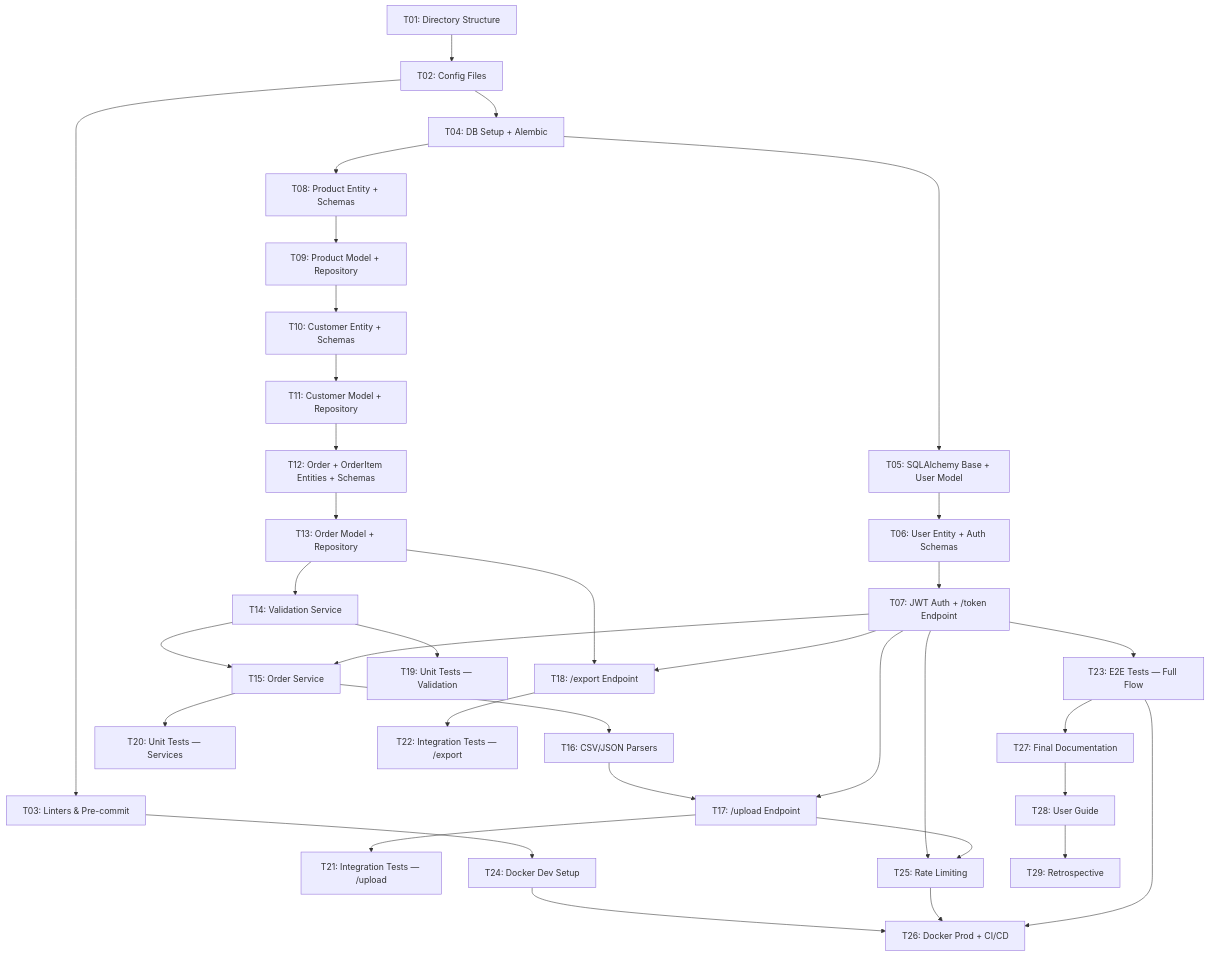
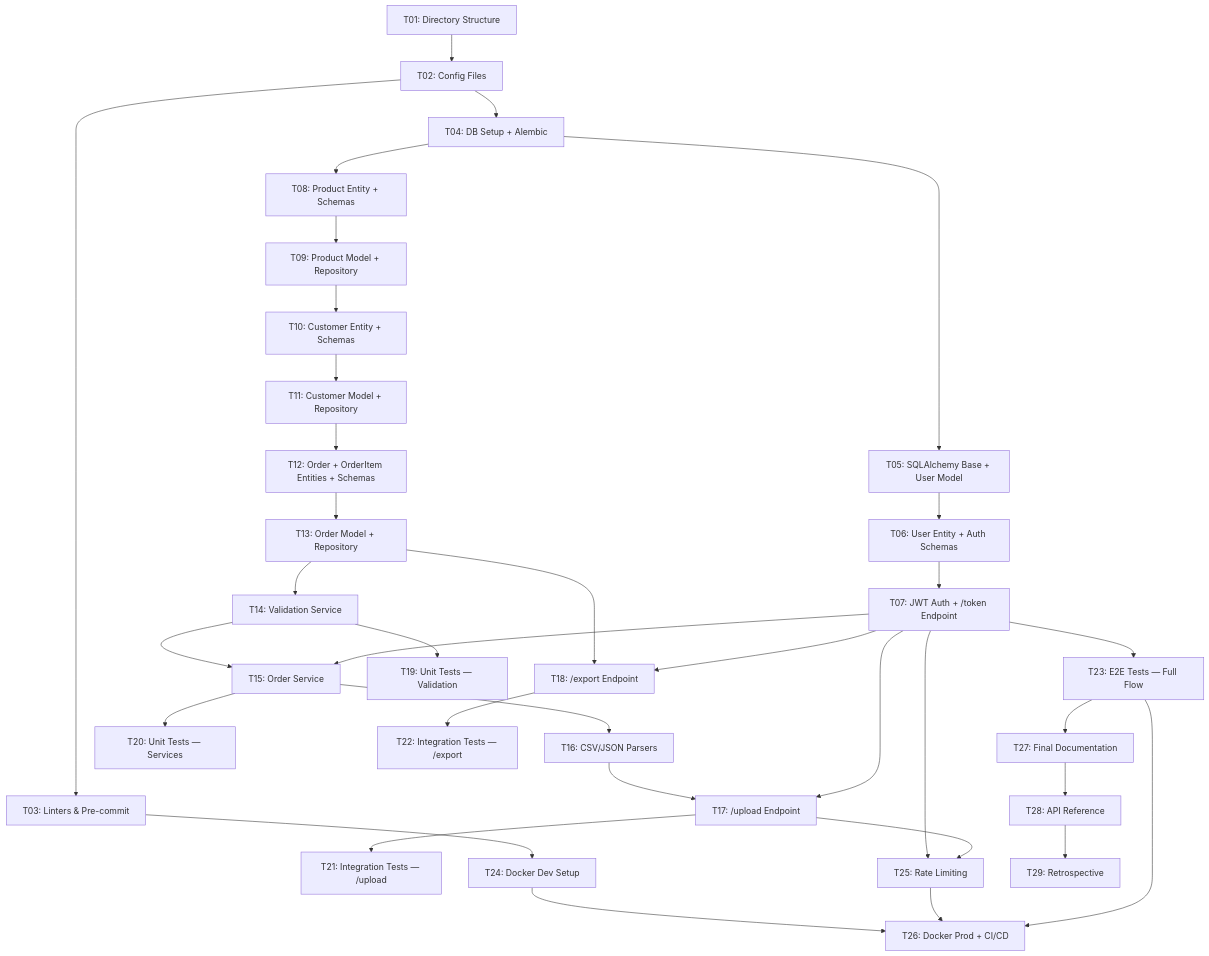
The diagram in tasks/plan.md (Fisherk2/api-csv-bulk-import), drawn with Mermaid before and after one commit. The commit also changed other lines of this file and 8 other files, not shown here.

First line of the commit message:
docs(P8): complete closure phase — README, API reference, contributing guide, retrospective

````diff
--- a/tasks/plan.md
+++ b/tasks/plan.md
@@ -34,44 +34,44 @@
 ```mermaid
 graph TD
     T01[T01: Directory Structure] --> T02[T02: Config Files]
     T02 --> T03[T03: Linters & Pre-commit]
 
     T02 --> T04[T04: DB Setup + Alembic]
     T04 --> T05[T05: SQLAlchemy Base + User Model]
     T05 --> T06[T06: User Entity + Auth Schemas]
     T06 --> T07[T07: JWT Auth + /token Endpoint]
 
     T04 --> T08[T08: Product Entity + Schemas]
     T08 --> T09[T09: Product Model + Repository]
     T09 --> T10[T10: Customer Entity + Schemas]
     T10 --> T11[T11: Customer Model + Repository]
     T11 --> T12[T12: Order + OrderItem Entities + Schemas]
 
     T12 --> T13[T13: Order Model + Repository]
     T13 --> T14[T14: Validation Service]
     T14 --> T15[T15: Order Service]
     T07 --> T15
     T15 --> T16[T16: CSV/JSON Parsers]
     T16 --> T17[T17: /upload Endpoint]
     T07 --> T17
 
     T13 --> T18[T18: /export Endpoint]
     T07 --> T18
 
     T14 --> T19[T19: Unit Tests — Validation]
     T15 --> T20[T20: Unit Tests — Services]
     T17 --> T21[T21: Integration Tests — /upload]
     T18 --> T22[T22: Integration Tests — /export]
     T07 --> T23[T23: E2E Tests — Full Flow]
 
     T03 --> T24[T24: Docker Dev Setup]
     T07 --> T25[T25: Rate Limiting]
     T17 --> T25
     T24 --> T26[T26: Docker Prod + CI/CD]
     T25 --> T26
     T23 --> T26
 
     T23 --> T27[T27: Final Documentation]
-    T27 --> T28[T28: User Guide]
+    T27 --> T28[T28: API Reference]
     T28 --> T29[T29: Retrospective]
 ```
````
